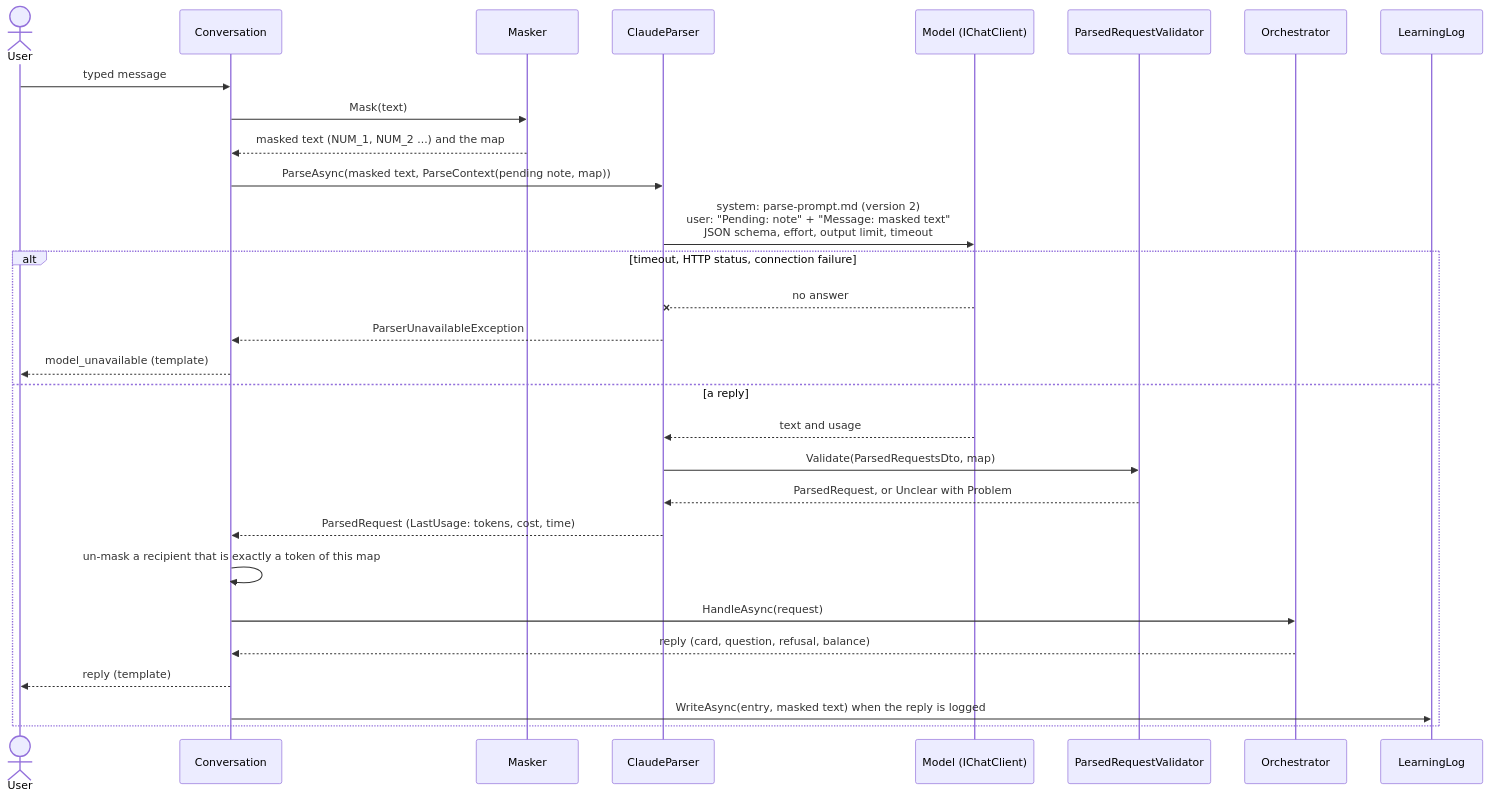
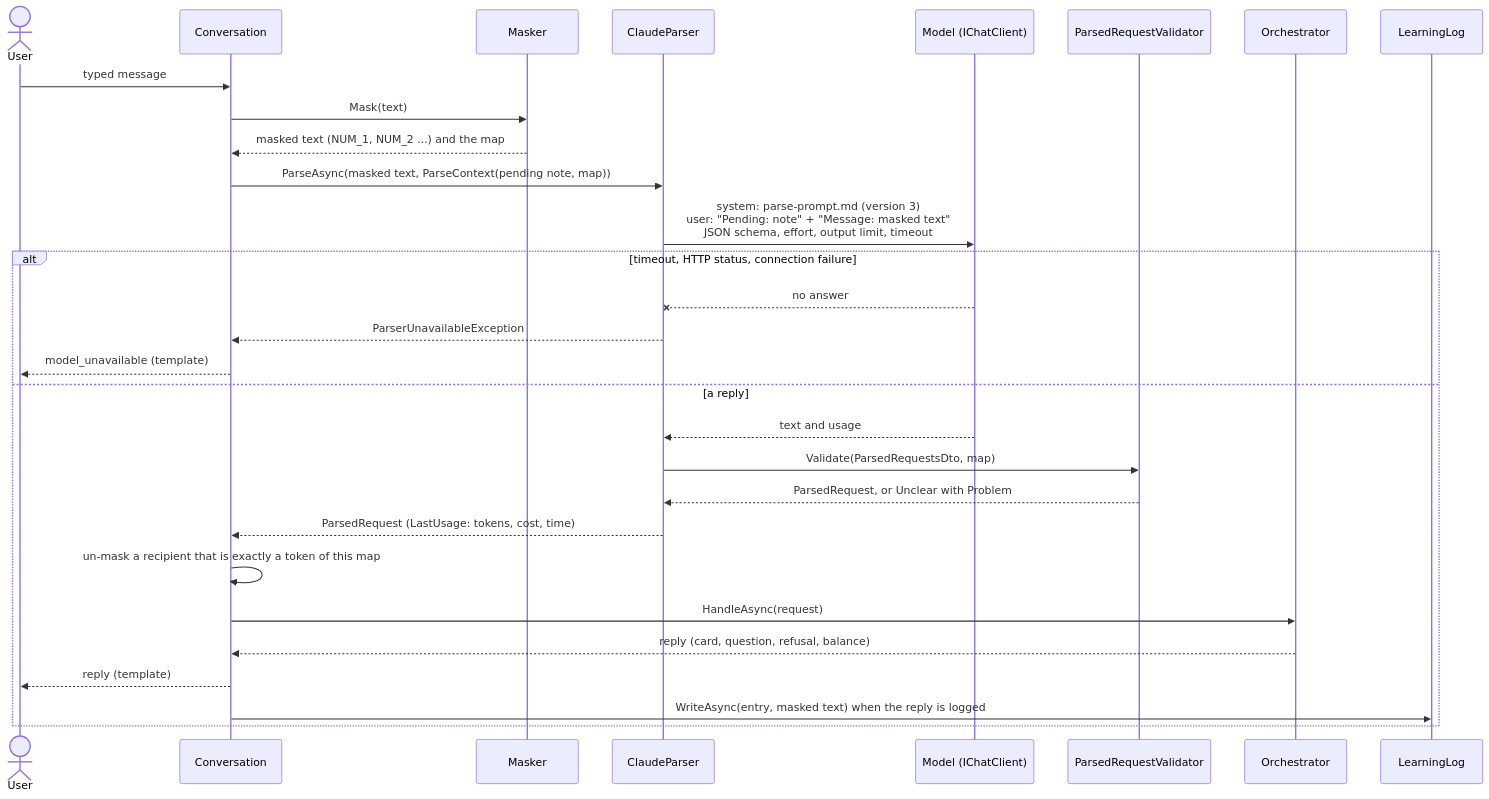
Before and after one commit to Khalil-Alhadidi/Naqoli: the first of 2 diagrams in docs/agent-model.md, drawn with Mermaid. The commit also changed other lines of this file and 16 other files, not shown here.

Commit message:
feat(parser): schema version 2 (biller_text) and prompt version 3; a named provider sends the bill straight to the card; CLN-25's key follows the rule (Khalil, 16 Oct 2026)

````diff
--- a/docs/agent-model.md
+++ b/docs/agent-model.md
@@ -7,32 +7,32 @@
 ```mermaid
 sequenceDiagram
     actor U as User
     participant C as Conversation
     participant M as Masker
     participant P as ClaudeParser
     participant L as Model (IChatClient)
     participant V as ParsedRequestValidator
     participant O as Orchestrator
     participant G as LearningLog
 
     U->>C: typed message
     C->>M: Mask(text)
     M-->>C: masked text (NUM_1, NUM_2 ...) and the map
     C->>P: ParseAsync(masked text, ParseContext(pending note, map))
-    P->>L: system: parse-prompt.md (version 2)<br/>user: "Pending: note" + "Message: masked text"<br/>JSON schema, effort, output limit, timeout
+    P->>L: system: parse-prompt.md (version 3)<br/>user: "Pending: note" + "Message: masked text"<br/>JSON schema, effort, output limit, timeout
     alt timeout, HTTP status, connection failure
         L--xP: no answer
         P-->>C: ParserUnavailableException
         C-->>U: model_unavailable (template)
     else a reply
         L-->>P: text and usage
         P->>V: Validate(ParsedRequestsDto, map)
         V-->>P: ParsedRequest, or Unclear with Problem
         P-->>C: ParsedRequest (LastUsage: tokens, cost, time)
         C->>C: un-mask a recipient that is exactly a token of this map
         C->>O: HandleAsync(request)
         O-->>C: reply (card, question, refusal, balance)
         C-->>U: reply (template)
         C->>G: WriteAsync(entry, masked text) when the reply is logged
     end
 ```
````
